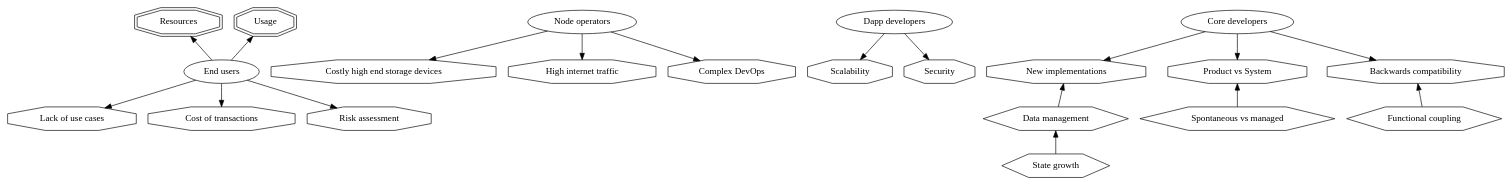
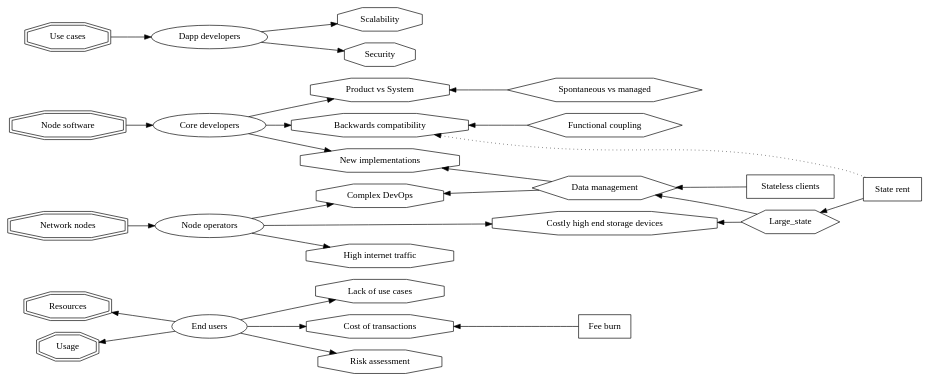
Diagram 13 of 13 in Ethereum1x_definition.md (ledgerwatch/eth_state), drawn with Graphviz before and after one commit. The commit also changed other lines of this file, not shown here.

````diff
--- a/Ethereum1x_definition.md
+++ b/Ethereum1x_definition.md
@@ -176,43 +196,60 @@
 ```graphviz
 digraph agents {
+rankdir=LR;
 end_users [label="End users"];
 
 resources [label="Resources" shape="doubleoctagon"];
 usage [label="Usage" shape="doubleoctagon"];
 no_usecases [label="Lack of use cases" shape="octagon"];
 tx_cost [label="Cost of transactions" shape="octagon"];
 tx_safety [label="Risk assessment" shape="octagon"];
 {resources usage} -> end_users [dir="back"]
 end_users -> {tx_cost tx_safety no_usecases}
+fee_burn [label="Fee burn" shape="box"];
+tx_cost -> fee_burn [dir=back];
 
 node_ops [label="Node operators"];
+nodes [label="Network nodes" shape="doubleoctagon"];
+nodes -> node_ops;
 storage_devices [label="Costly high end storage devices" shape="octagon"];
 traffic [label="High internet traffic" shape="octagon"];
 dev_ops [label="Complex DevOps" shape="octagon"]
 node_ops -> storage_devices;
 node_ops -> traffic;
 node_ops -> dev_ops;
 
 dapp_devs [label="Dapp developers"];
+use_cases [label="Use cases" shape="doubleoctagon"];
+use_cases -> dapp_devs;
 scalability [label="Scalability" shape="octagon"];
 security [label="Security" shape="octagon"];
 dapp_devs -> scalability;
 dapp_devs -> security;
 
 core_devs [label="Core developers"];
-
+software [label="Node software" shape="doubleoctagon"];
+software -> core_devs;
 new_implementations [label="New implementations" shape="octagon"];
 product_vs_system [label="Product vs System" shape="octagon"];
 backwards_compatibility [label="Backwards compatibility" shape="octagon"]
 core_devs -> {new_implementations product_vs_system backwards_compatibility};
 
 data_management [label="Data management" shape="hexagon"];
+dev_ops -> data_management [dir=back];
 new_implementations -> data_management [dir=back];
-state_growth [label="State growth" shape="hexagon"]
-data_management -> state_growth [dir=back];
+large_state [label="Large_state" shape="hexagon"]
+data_management -> large_state [dir=back];
+storage_devices -> large_state [dir=back];
 functional_coupling [label="Functional coupling" shape="hexagon"];
 backwards_compatibility -> functional_coupling [dir=back];
 spontaneous_vs_managed [label="Spontaneous vs managed" shape="hexagon"];
 product_vs_system -> spontaneous_vs_managed [dir=back];
+
+state_rent [label="State rent" shape="box"];
+large_state -> state_rent [dir=back];
+backwards_compatibility -> state_rent [dir=back style="dotted"];
+
+stateless [label="Stateless clients" shape="box"];
+data_management -> stateless [dir=back];
 }
 ```
````
